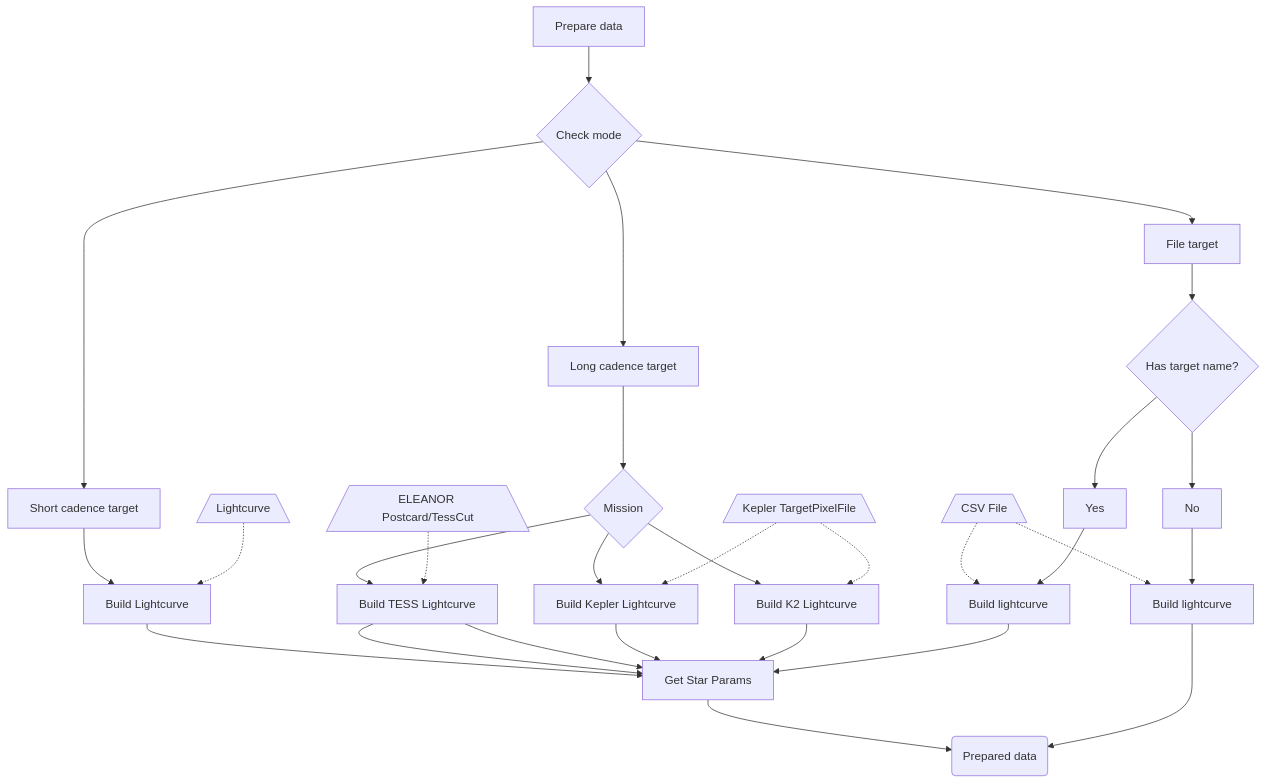
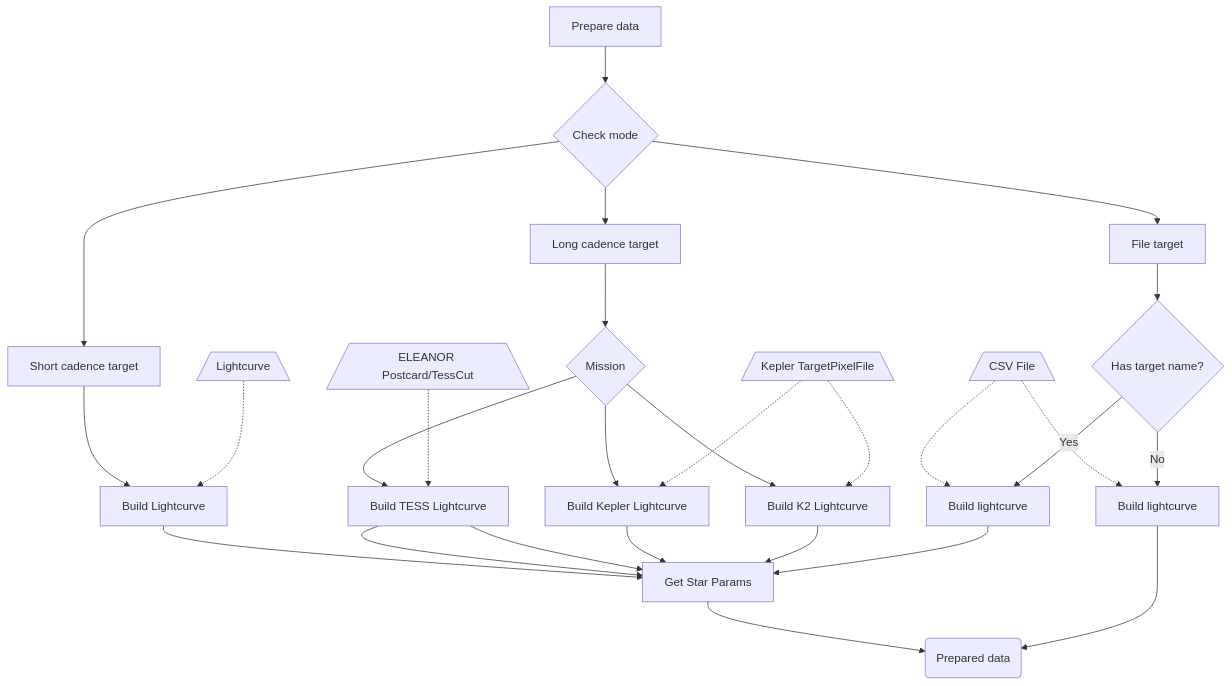
One commit to franpoz/SHERLOCK changed the diagram in docs/source/prepare.rst. Above: the diagram before and after it, drawn with Mermaid. The commit also changed 2 other files, not shown here.

Commit message:
update dc

```diff
--- a/docs/source/prepare.rst
+++ b/docs/source/prepare.rst
@@ -14,33 +14,33 @@
 .. mermaid::
 
    flowchart TB
        A[Prepare data] --> B{Check mode}
            B --> C[Long cadence target]
            B --> D[Short cadence target]
            B --> E[File target]
            C --> F{Mission}
 
            D --> Short_builder[Build Lightcurve]
            Lightkurve[/Lightcurve\] -.-> Short_builder
            Short_builder --> StarInfo[Get Star Params]
 
            F --> TESS_Long[Build TESS Lightcurve]
            F --> Kepler_Long[Build Kepler Lightcurve]
            F --> K2_Long[Build K2 Lightcurve]
            ELEANOR[/ELEANOR Postcard/TessCut\] -.-> TESS_Long
            LightKurve[/Kepler TargetPixelFile\] -.-> Kepler_Long
            LightKurve[/Kepler TargetPixelFile\] -.-> K2_Long
            TESS_Long --> StarInfo[Get Star Params]
            TESS_Long --> StarInfo
            Kepler_Long --> StarInfo
            K2_Long --> StarInfo
 
            StarInfo --> Target_lightcurve(Prepared data)
 
            E --> HasName{Has target name?}
            File[/CSV File\] -.-> BuildFromFile
            File[/CSV File\] -.-> BuildFromFile1
-           HasName --> No --> BuildFromFile[Build lightcurve]
-           HasName --> Yes --> BuildFromFile1[Build lightcurve]
+           HasName -- No --> BuildFromFile[Build lightcurve]
+           HasName -- Yes --> BuildFromFile1[Build lightcurve]
            BuildFromFile --> Target_lightcurve
            BuildFromFile1 --> StarInfo
```
